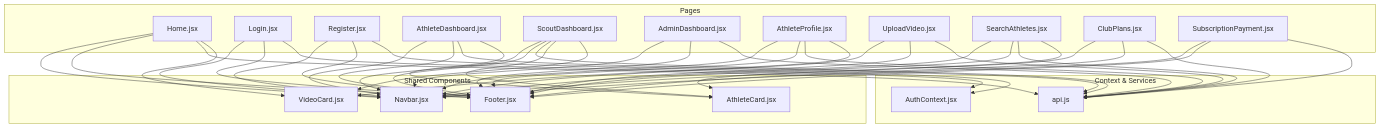
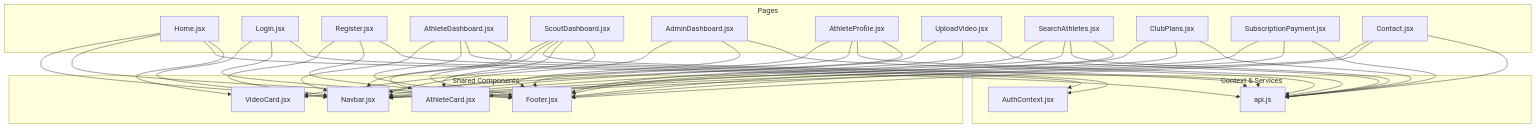
One commit to Alexandrexicara/craque-vision changed the first of 15 diagrams in .qoder/repowiki/en/content/Frontend Application/Page Components.md. Above: the diagram before and after it, drawn with Mermaid. The commit also changed other lines of this file and 2 other files, not shown here.

````diff
--- a/.qoder/repowiki/en/content/Frontend Application/Page Components.md
+++ b/.qoder/repowiki/en/content/Frontend Application/Page Components.md
@@ -53,65 +55,69 @@
 ```mermaid
 graph TB
 subgraph "Pages"
 Home["Home.jsx"]
 Login["Login.jsx"]
 Register["Register.jsx"]
 AthleteDash["AthleteDashboard.jsx"]
 ScoutDash["ScoutDashboard.jsx"]
 AdminDash["AdminDashboard.jsx"]
 AthleteProfile["AthleteProfile.jsx"]
 UploadVideo["UploadVideo.jsx"]
 SearchAthletes["SearchAthletes.jsx"]
 ClubPlans["ClubPlans.jsx"]
 SubscriptionPayment["SubscriptionPayment.jsx"]
+Contact["Contact.jsx"]
 end
 subgraph "Shared Components"
 Navbar["Navbar.jsx"]
 Footer["Footer.jsx"]
 AthleteCard["AthleteCard.jsx"]
 VideoCard["VideoCard.jsx"]
 end
 subgraph "Context & Services"
 AuthCtx["AuthContext.jsx"]
 Api["api.js"]
 end
 Home --> Navbar
 Login --> Navbar
 Register --> Navbar
 AthleteDash --> Navbar
 ScoutDash --> Navbar
 AdminDash --> Navbar
 AthleteProfile --> Navbar
 UploadVideo --> Navbar
 SearchAthletes --> Navbar
 ClubPlans --> Navbar
 SubscriptionPayment --> Navbar
+Contact --> Navbar
 Home --> Footer
 Login --> Footer
 Register --> Footer
 AthleteDash --> Footer
 ScoutDash --> Footer
 AdminDash --> Footer
 AthleteProfile --> Footer
 UploadVideo --> Footer
 SearchAthletes --> Footer
 ClubPlans --> Footer
 SubscriptionPayment --> Footer
+Contact --> Footer
 Home --> Api
 Login --> AuthCtx
 Register --> AuthCtx
 AthleteDash --> Api
 ScoutDash --> Api
 AdminDash --> Api
 AthleteProfile --> Api
 UploadVideo --> Api
 SearchAthletes --> Api
 ClubPlans --> Api
 SubscriptionPayment --> Api
+Contact --> Api
 AthleteDash --> AthleteCard
 ScoutDash --> AthleteCard
 SearchAthletes --> AthleteCard
 AthleteProfile --> VideoCard
 ScoutDash --> VideoCard
 Home --> VideoCard
 ```
````
